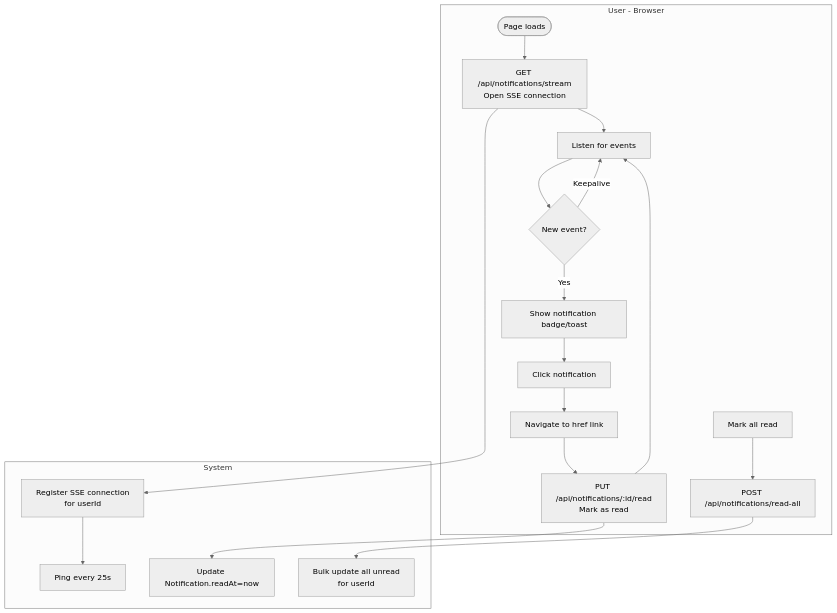
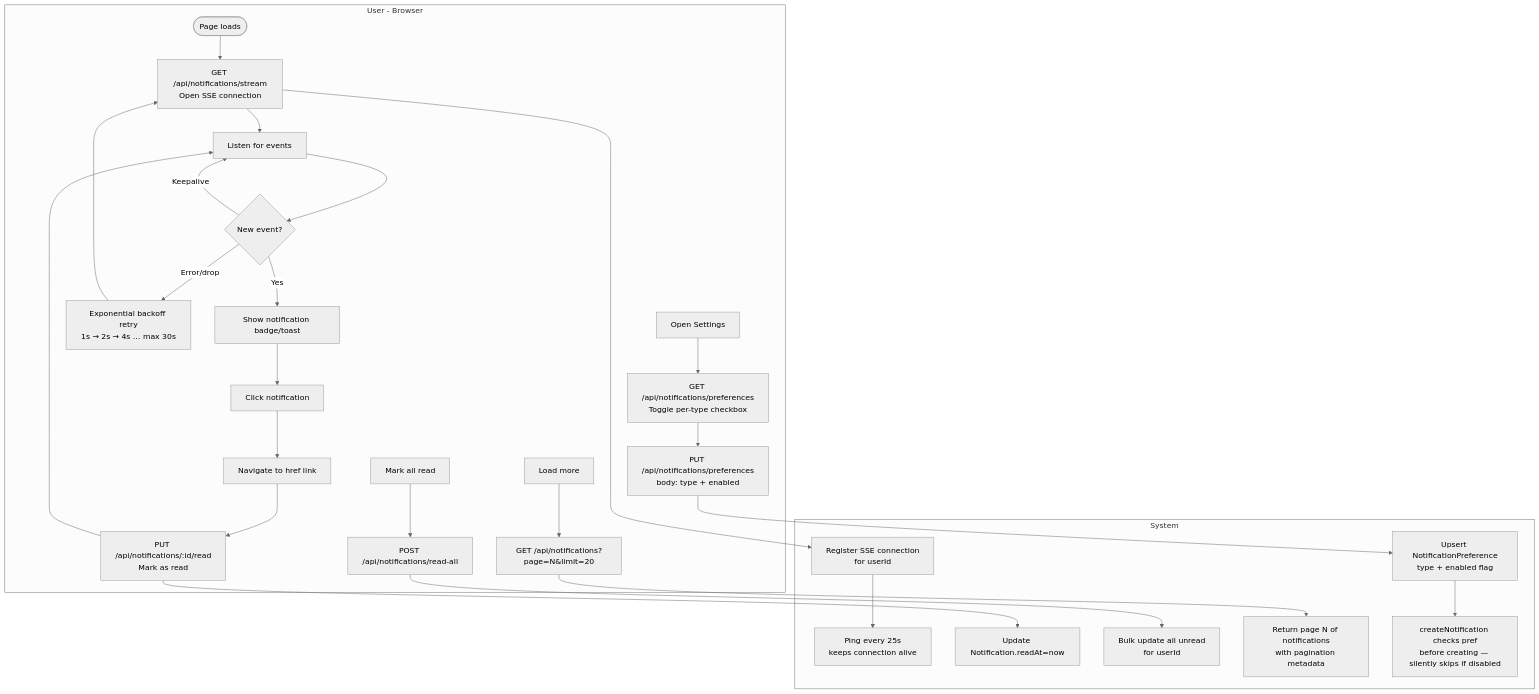
Before and after one commit to thekgiga/spanish-class: diagram 19 of 21 in docs/bpmn/processes-overview.md, drawn with Mermaid (neutral theme). The commit also changed other lines of this file and 13 other files, not shown here.

````diff
--- a/docs/bpmn/processes-overview.md
+++ b/docs/bpmn/processes-overview.md
@@ -839,22 +839,30 @@
 ```mermaid
 flowchart TD
   subgraph User_Browser[User - Browser]
     A([Page loads]) --> B[GET /api/notifications/stream\nOpen SSE connection]
     B --> LISTEN[Listen for events]
     LISTEN --> J1{New event?}
     J1 -->|Yes| C[Show notification badge/toast]
     J1 -->|Keepalive| LISTEN
+    J1 -->|Error/drop| RETRY[Exponential backoff retry\n1s → 2s → 4s … max 30s]
+    RETRY --> B
     C --> D[Click notification]
     D --> NAV[Navigate to href link]
     NAV --> E[PUT /api/notifications/:id/read\nMark as read]
     E --> LISTEN
     F[Mark all read] --> POST[POST /api/notifications/read-all]
+    G[Load more] --> PAGINATE[GET /api/notifications?page=N&limit=20]
+    H[Open Settings] --> PREFS[GET /api/notifications/preferences\nToggle per-type checkbox]
+    PREFS --> PUT_PREF[PUT /api/notifications/preferences\nbody: type + enabled]
   end
 
   subgraph System
     B --> SYS1[Register SSE connection\nfor userId]
-    SYS1 --> PING[Ping every 25s]
+    SYS1 --> PING[Ping every 25s\nkeeps connection alive]
     E --> SYS2[Update Notification.readAt=now]
     POST --> SYS3[Bulk update all unread\nfor userId]
+    PAGINATE --> SYS4[Return page N of notifications\nwith pagination metadata]
+    PUT_PREF --> SYS5[Upsert NotificationPreference\ntype + enabled flag]
+    SYS5 --> SYS6[createNotification checks pref\nbefore creating — silently skips if disabled]
   end
 ```
````
